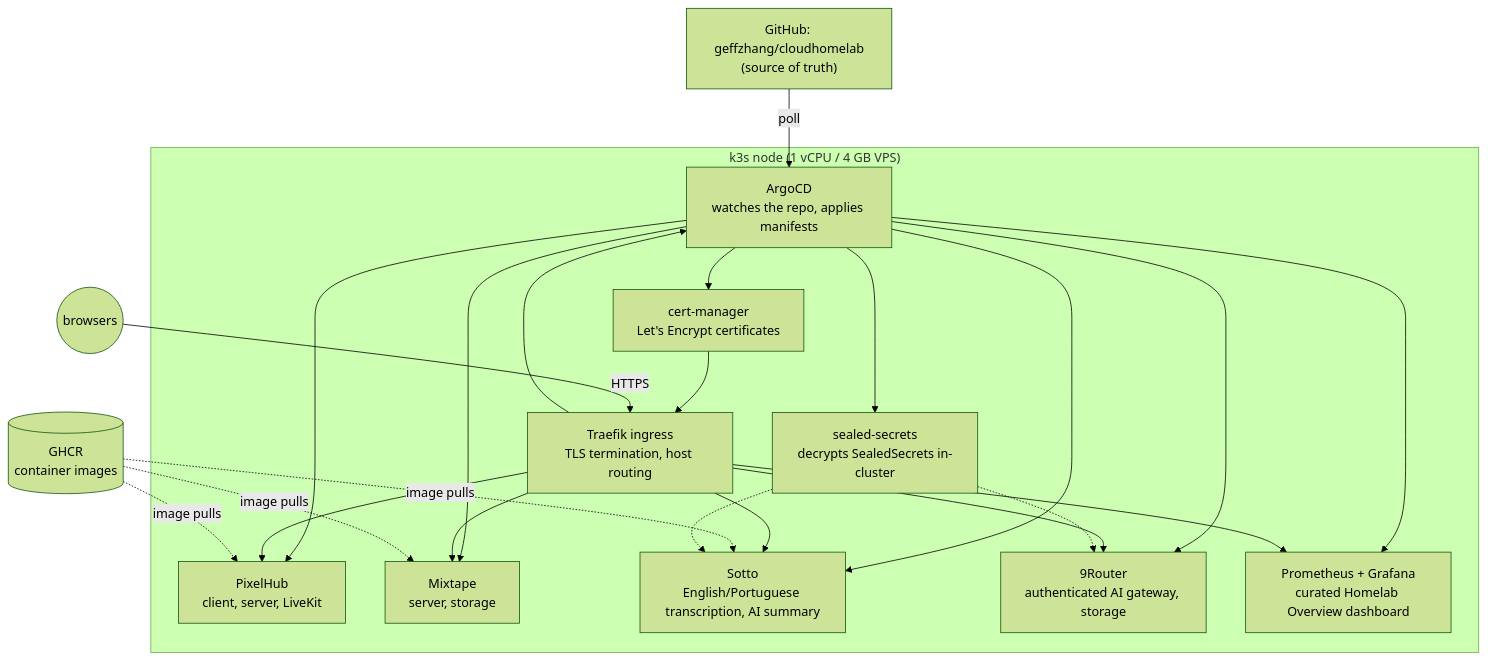
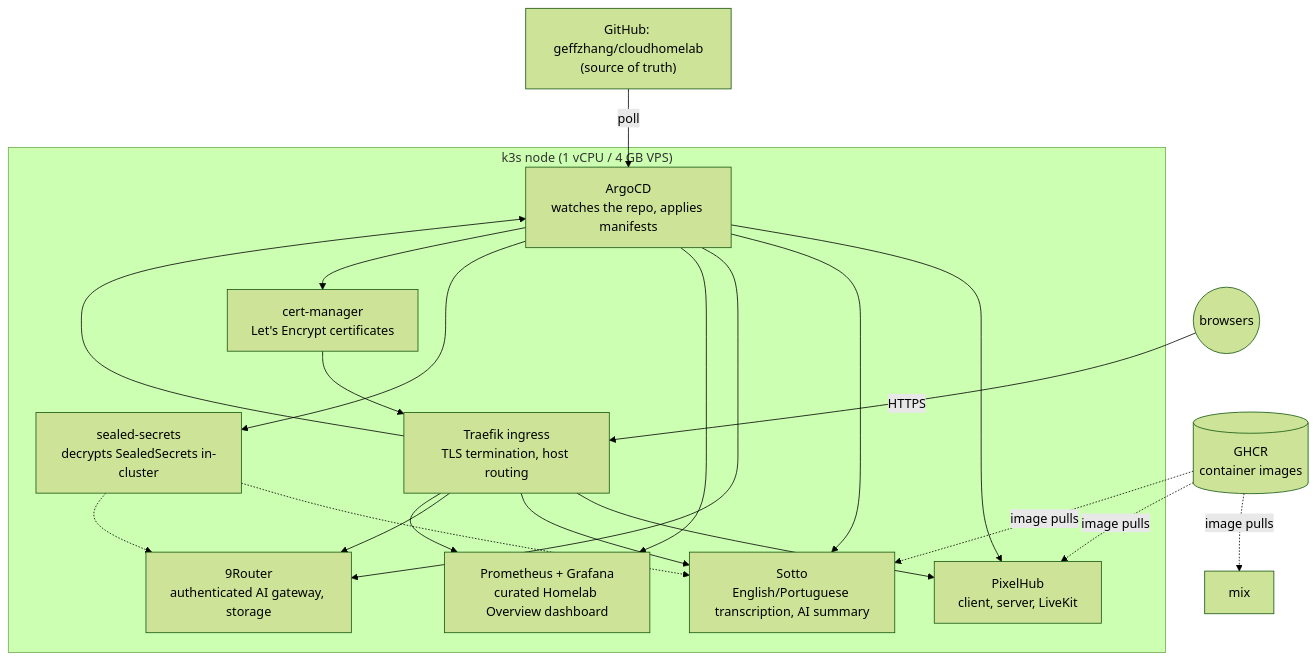
The first of 3 diagrams in README.md (geffzhang/cloudhomelab), drawn with Mermaid (forest theme) before and after one commit. The commit also changed other lines of this file and 10 other files, not shown here.

````diff
--- a/README.md
+++ b/README.md
@@ -51,39 +50,36 @@
 ```mermaid
 flowchart TB
     gh["GitHub: geffzhang/cloudhomelab<br/>(source of truth)"]
     subgraph node["k3s node (1 vCPU / 4 GB VPS)"]
         argo["ArgoCD<br/>watches the repo, applies manifests"]
         traefik["Traefik ingress<br/>TLS termination, host routing"]
         cm["cert-manager<br/>Let's Encrypt certificates"]
         seal["sealed-secrets<br/>decrypts SealedSecrets in-cluster"]
         pixel["PixelHub<br/>client, server, LiveKit"]
-        mix["Mixtape<br/>server, storage"]
         sotto["Sotto<br/>English/Portuguese transcription, AI summary"]
         router["9Router<br/>authenticated AI gateway, storage"]
         mon["Prometheus + Grafana<br/>curated Homelab Overview dashboard"]
     end
     ghcr[("GHCR<br/>container images")]
     users(("browsers"))
 
     gh -->|poll| argo
     argo --> pixel
-    argo --> mix
     argo --> sotto
     argo --> router
     argo --> mon
     argo --> seal
     argo --> cm
     cm --> traefik
     users -->|HTTPS| traefik
     traefik --> pixel
-    traefik --> mix
     traefik --> sotto
     traefik --> router
     traefik --> argo
     traefik --> mon
     ghcr -.->|image pulls| pixel
     ghcr -.->|image pulls| mix
     ghcr -.->|image pulls| sotto
     seal -.-> sotto
     seal -.-> router
 ```
````
